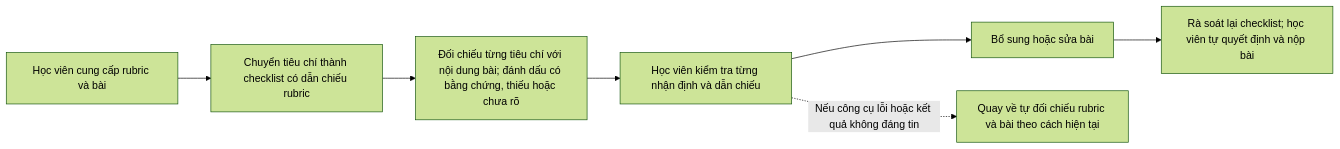
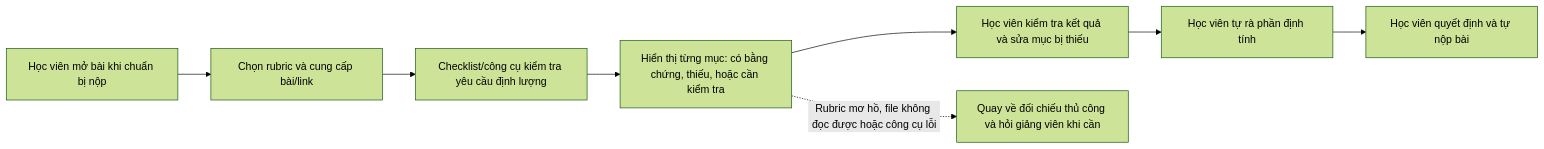
Before and after one commit to Hungztv/K5-L3A-Day02-001-DiscoveryProblemFraming: the second of 2 diagrams in report/team/group_report.md, drawn with Mermaid (forest theme). The commit also changed other lines of this file, not shown here.

Commit message:
Update workflow and rubric-check evaluation draft

````diff
--- a/report/team/group_report.md
+++ b/report/team/group_report.md
@@ -165,9 +167,10 @@
 ```mermaid
 flowchart LR
-  A[Học viên cung cấp rubric và bài] --> B[Chuyển tiêu chí thành checklist có dẫn chiếu rubric]
-  B --> C[Đối chiếu từng tiêu chí với nội dung bài; đánh dấu có bằng chứng, thiếu hoặc chưa rõ]
-  C --> D[Học viên kiểm tra từng nhận định và dẫn chiếu]
-  D --> E[Bổ sung hoặc sửa bài]
-  E --> F[Rà soát lại checklist; học viên tự quyết định và nộp bài]
-  D -. Nếu công cụ lỗi hoặc kết quả không đáng tin .-> G[Quay về tự đối chiếu rubric và bài theo cách hiện tại]
+  A[Học viên mở bài khi chuẩn bị nộp] --> B[Chọn rubric và cung cấp bài/link]
+  B --> C[Checklist/công cụ kiểm tra yêu cầu định lượng]
+  C --> D[Hiển thị từng mục: có bằng chứng, thiếu, hoặc cần kiểm tra]
+  D --> E[Học viên kiểm tra kết quả và sửa mục bị thiếu]
+  E --> F[Học viên tự rà phần định tính]
+  F --> G[Học viên quyết định và tự nộp bài]
+  D -. Rubric mơ hồ, file không đọc được hoặc công cụ lỗi .-> H[Quay về đối chiếu thủ công và hỏi giảng viên khi cần]
 ```
````
